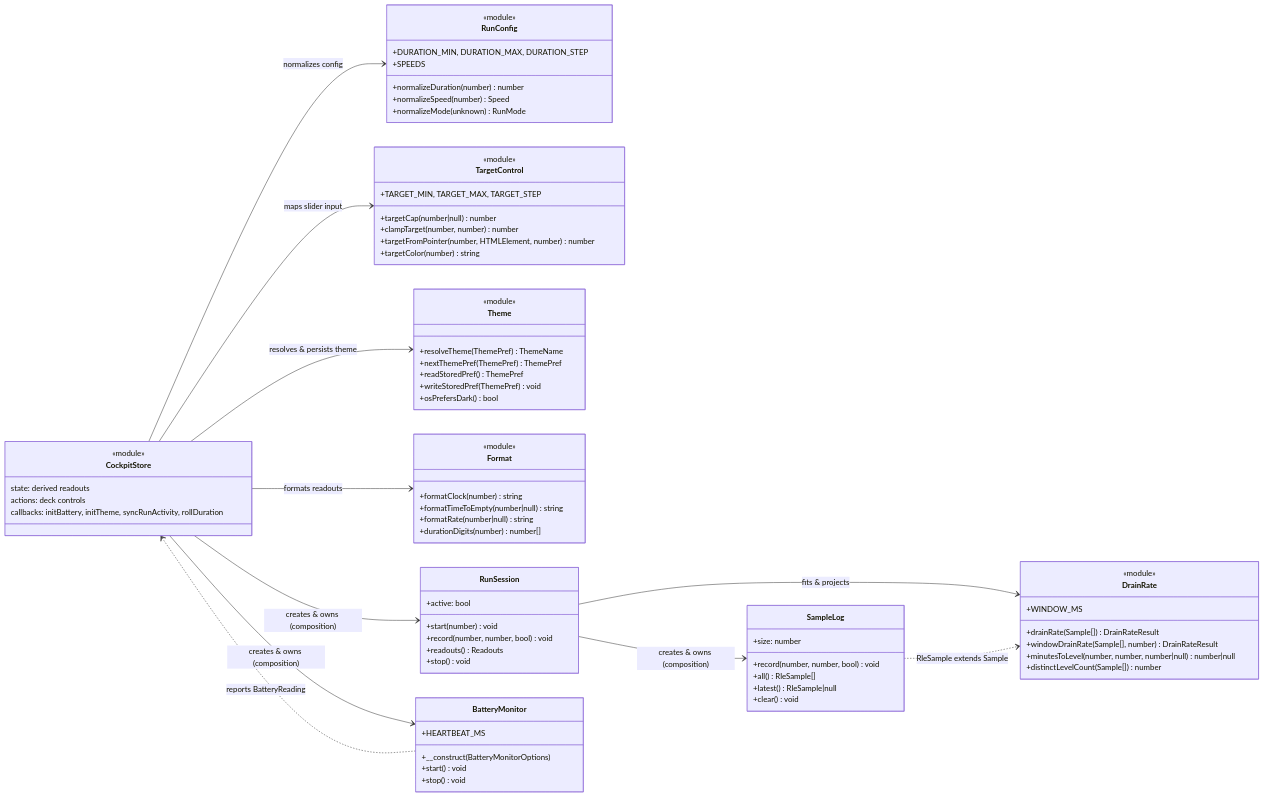
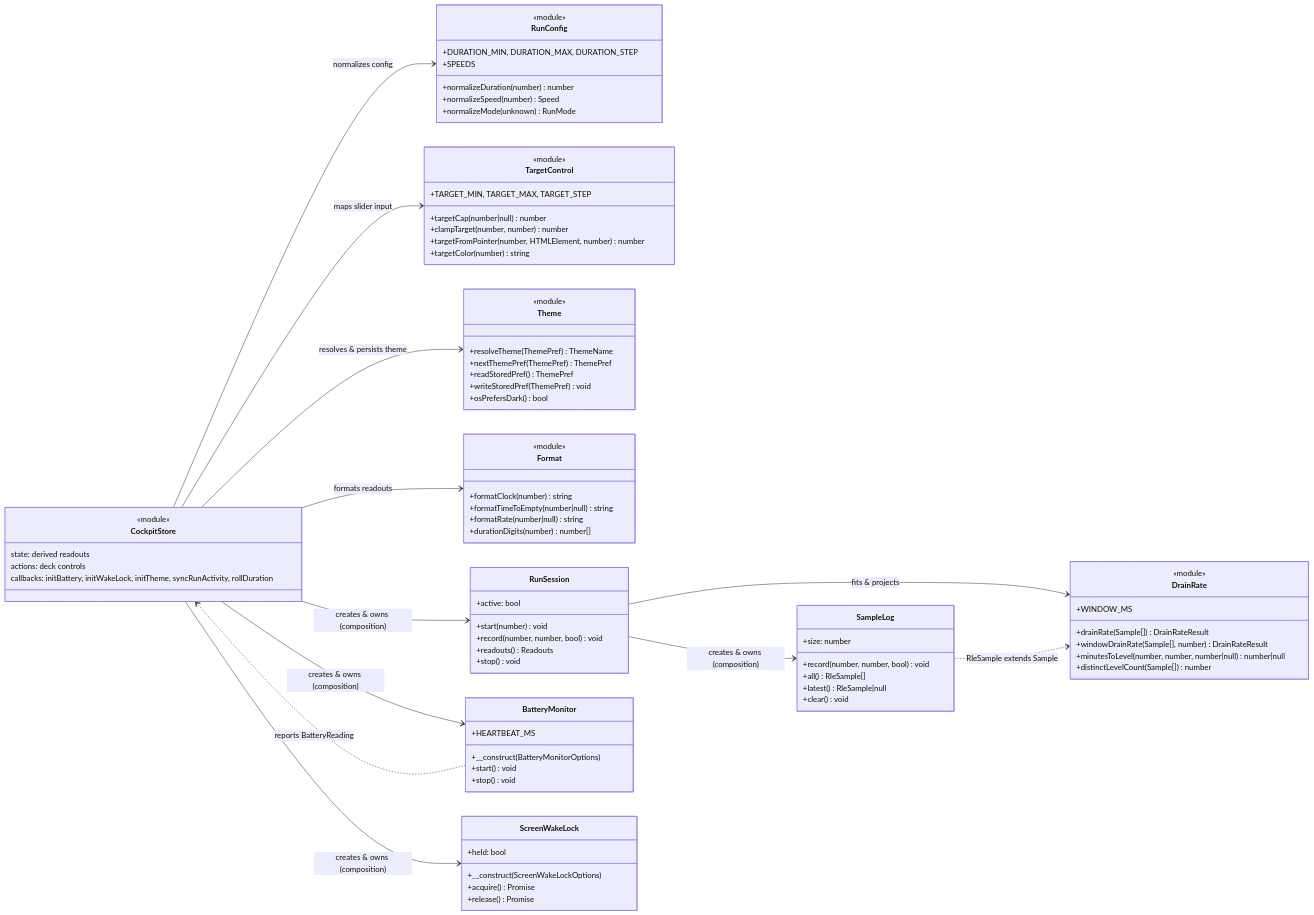
The diagram in docs/contracts/cockpit-frontend-modules.mmd (erdembircan/battery-surf-bench), drawn with Mermaid before and after one commit. The commit also changed 6 other files, not shown here.

First line of the commit message:
[FEAT]: hold a screen wake lock during a run

```diff
--- a/docs/contracts/cockpit-frontend-modules.mmd
+++ b/docs/contracts/cockpit-frontend-modules.mmd
@@ -1,91 +1,99 @@
 %% Cockpit front-end modules — contract chart.
 %% The client side of the `bsb/cockpit` block: the Interactivity store and the
 %% focused domains it delegates to. Function-only modules are marked
 %% <<module>>; the rest are classes. Only the public (exported) surface is shown.
 classDiagram
     direction LR
 
     class CockpitStore {
         <<module>>
         state: derived readouts
         actions: deck controls
-        callbacks: initBattery, initTheme, syncRunActivity, rollDuration
+        callbacks: initBattery, initWakeLock, initTheme, syncRunActivity, rollDuration
     }
 
     class RunConfig {
         <<module>>
         +normalizeDuration(number) number
         +normalizeSpeed(number) Speed
         +normalizeMode(unknown) RunMode
         +DURATION_MIN, DURATION_MAX, DURATION_STEP
         +SPEEDS
     }
 
     class TargetControl {
         <<module>>
         +targetCap(number|null) number
         +clampTarget(number, number) number
         +targetFromPointer(number, HTMLElement, number) number
         +targetColor(number) string
         +TARGET_MIN, TARGET_MAX, TARGET_STEP
     }
 
     class Theme {
         <<module>>
         +resolveTheme(ThemePref) ThemeName
         +nextThemePref(ThemePref) ThemePref
         +readStoredPref() ThemePref
         +writeStoredPref(ThemePref) void
         +osPrefersDark() bool
     }
 
     class Format {
         <<module>>
         +formatClock(number) string
         +formatTimeToEmpty(number|null) string
         +formatRate(number|null) string
         +durationDigits(number) number[]
     }
 
     class DrainRate {
         <<module>>
         +drainRate(Sample[]) DrainRateResult
         +windowDrainRate(Sample[], number) DrainRateResult
         +minutesToLevel(number, number, number|null) number|null
         +distinctLevelCount(Sample[]) number
         +WINDOW_MS
     }
 
     class SampleLog {
         +record(number, number, bool) void
         +all() RleSample[]
         +latest() RleSample|null
         +size: number
         +clear() void
     }
 
     class RunSession {
         +start(number) void
         +active: bool
         +record(number, number, bool) void
         +readouts() Readouts
         +stop() void
     }
 
     class BatteryMonitor {
         +__construct(BatteryMonitorOptions)
         +start() void
         +stop() void
         +HEARTBEAT_MS
     }
 
+    class ScreenWakeLock {
+        +__construct(ScreenWakeLockOptions)
+        +acquire() Promise
+        +release() Promise
+        +held: bool
+    }
+
     CockpitStore --> RunConfig : normalizes config
     CockpitStore --> TargetControl : maps slider input
     CockpitStore --> Theme : resolves & persists theme
     CockpitStore --> Format : formats readouts
     CockpitStore --> BatteryMonitor : creates & owns (composition)
+    CockpitStore --> ScreenWakeLock : creates & owns (composition)
     CockpitStore --> RunSession : creates & owns (composition)
     BatteryMonitor ..> CockpitStore : reports BatteryReading
     RunSession --> SampleLog : creates & owns (composition)
     RunSession --> DrainRate : fits & projects
     SampleLog ..> DrainRate : RleSample extends Sample
```
